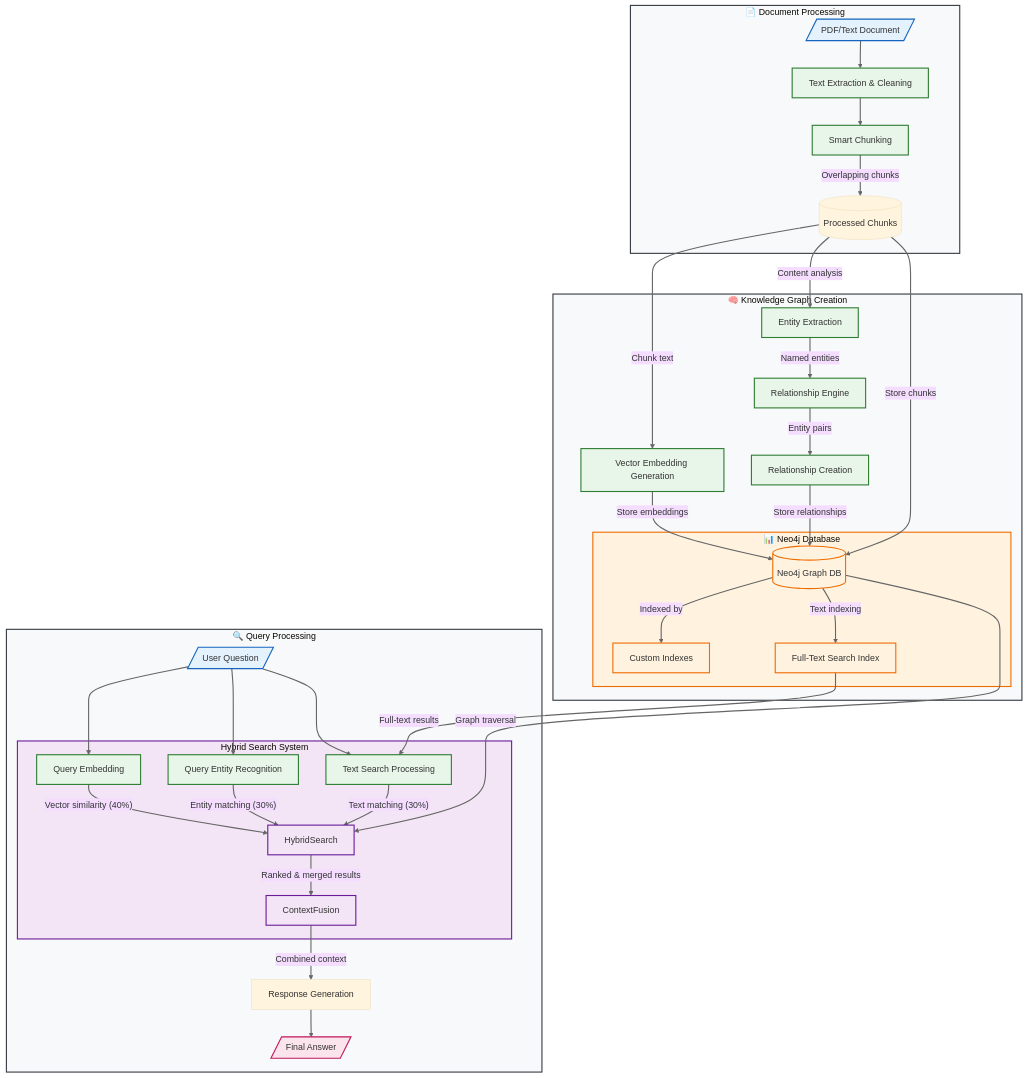
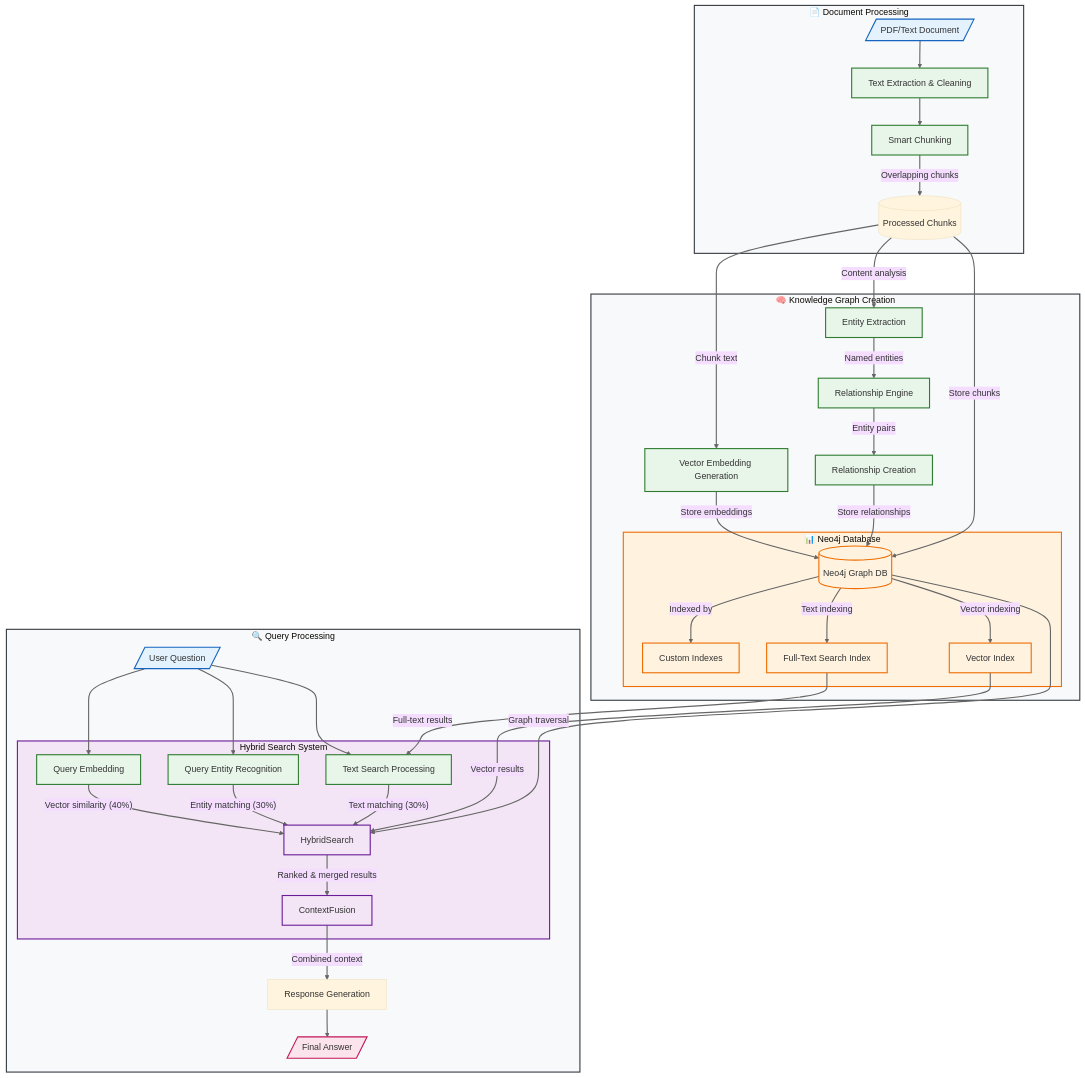
One commit to msroot/docuGraphRAG.js changed the diagram in README.md. Above: the diagram before and after it, drawn with Mermaid (base theme). The commit also changed other lines of this file and 3 other files, not shown here.

````diff
--- a/README.md
+++ b/README.md
@@ -138,71 +151,74 @@
 ```mermaid
 graph TD
     subgraph Document_Processing ["📄 Document Processing"]
         DocInput[/"PDF/Text Document"/] --> TextProc["Text Extraction & Cleaning"]
         TextProc --> Chunking["Smart Chunking"]
         Chunking -->|"Overlapping chunks"| Chunks[(Processed Chunks)]
     end
 
     subgraph Knowledge_Graph_Creation ["🧠 Knowledge Graph Creation"]
         Chunks --> |"Chunk text"| VectorGen["Vector Embedding Generation"]
         Chunks --> |"Content analysis"| EntityExt["Entity Extraction"]
         
         EntityExt --> |"Named entities"| RelEngine["Relationship Engine"]
         RelEngine --> |"Entity pairs"| RelCreation["Relationship Creation"]
         
         subgraph Neo4j_Storage ["📊 Neo4j Database"]
             GraphDB[("Neo4j Graph DB")]
             Indexes["Custom Indexes"]
             TextIndex["Full-Text Search Index"]
+            VectorIndex["Vector Index"]
             GraphDB --> |"Indexed by"| Indexes
             GraphDB --> |"Text indexing"| TextIndex
+            GraphDB --> |"Vector indexing"| VectorIndex
         end
         
         VectorGen --> |"Store embeddings"| GraphDB
         RelCreation --> |"Store relationships"| GraphDB
         Chunks --> |"Store chunks"| GraphDB
     end
 
     subgraph Query_Processing ["🔍 Query Processing"]
         UserQuery[/"User Question"/] --> QueryEmbed["Query Embedding"]
         UserQuery --> QueryEntity["Query Entity Recognition"]
         UserQuery --> TextSearch["Text Search Processing"]
         
         subgraph Search_System ["Hybrid Search System"]
             QueryEmbed --> |"Vector similarity (40%)"| HybridSearch
             QueryEntity --> |"Entity matching (30%)"| HybridSearch
             TextSearch --> |"Text matching (30%)"| HybridSearch
             
             TextIndex --> |"Full-text results"| TextSearch
+            VectorIndex --> |"Vector results"| HybridSearch
             GraphDB --> |"Graph traversal"| HybridSearch
             
             HybridSearch --> |"Ranked & merged results"| ContextFusion
         end
         
         ContextFusion --> |"Combined context"| RespGen["Response Generation"]
         RespGen --> Answer[/"Final Answer"/]
     end
 
     %% Styling
     classDef input fill:#e3f2fd,stroke:#1565c0,stroke-width:2px;
     classDef process fill:#e8f5e9,stroke:#2e7d32,stroke-width:2px;
     classDef database fill:#fff3e0,stroke:#ef6c00,stroke-width:2px;
     classDef search fill:#f3e5f5,stroke:#6a1b9a,stroke-width:2px;
     classDef output fill:#fce4ec,stroke:#c2185b,stroke-width:2px;
     
     class DocInput,UserQuery input;
     class TextProc,Chunking,VectorGen,EntityExt,RelEngine,RelCreation,QueryEmbed,QueryEntity,TextSearch process;
-    class GraphDB,Indexes,TextIndex database;
+    class GraphDB,Indexes,TextIndex,VectorIndex database;
     class HybridSearch,ContextFusion search;
     class Answer output;
 
     %% Subgraph styling
     style Document_Processing fill:#f8f9fa,stroke:#343a40,stroke-width:2px;
     style Knowledge_Graph_Creation fill:#f8f9fa,stroke:#343a40,stroke-width:2px;
     style Query_Processing fill:#f8f9fa,stroke:#343a40,stroke-width:2px;
     style Neo4j_Storage fill:#fff3e0,stroke:#ef6c00,stroke-width:2px;
     style Search_System fill:#f3e5f5,stroke:#6a1b9a,stroke-width:2px;
 
     %% Relationships
     linkStyle default stroke:#666,stroke-width:2px;
 ```
````
